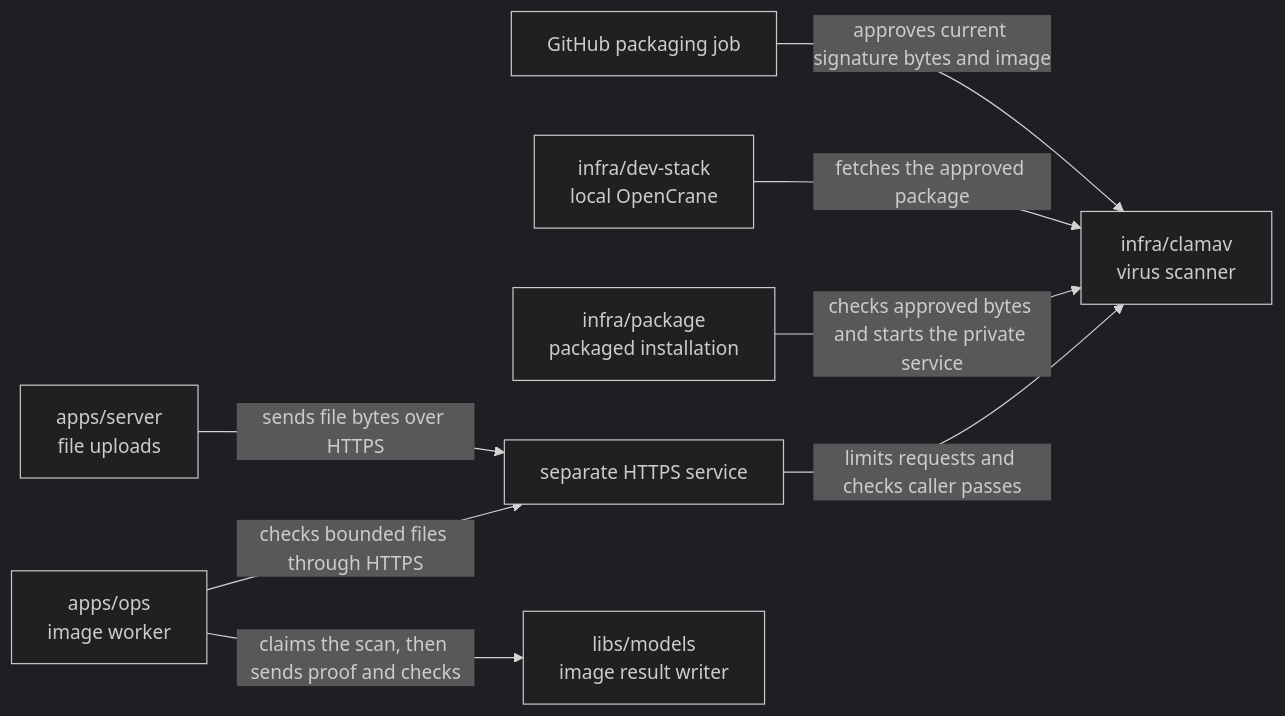
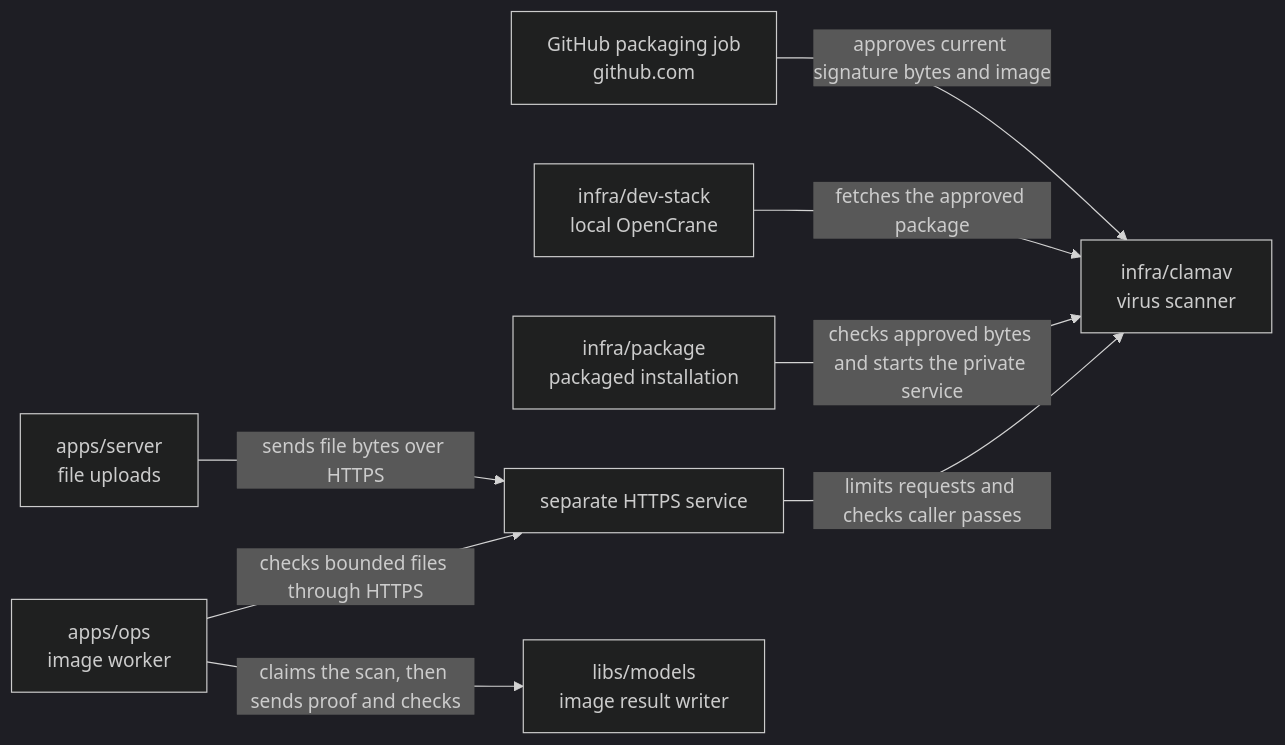
Before and after one commit to elewa-git/opencrane-new: the diagram in infra/clamav/README.md, drawn with Mermaid (dark theme). The commit also changed other lines of this file and 11 other files, not shown here.

Commit message:
🔒 Bind scanner approval to GitHub and preserve safe failure reasons

````diff
--- a/infra/clamav/README.md
+++ b/infra/clamav/README.md
@@ -21,10 +21,10 @@
 ```mermaid
 flowchart LR
-  packaging["GitHub packaging job"] -->|approves current signature bytes and image| clamav["infra/clamav<br/>virus scanner"]
+  packaging["GitHub packaging job<br/>github.com"] -->|approves current signature bytes and image| clamav["infra/clamav<br/>virus scanner"]
   stack["infra/dev-stack<br/>local OpenCrane"] -->|fetches the approved package| clamav
   package["infra/package<br/>packaged installation"] -->|checks approved bytes and starts the private service| clamav
   server["apps/server<br/>file uploads"] -->|sends file bytes over HTTPS| launcher
   worker["apps/ops<br/>image worker"] -->|checks bounded files through HTTPS| launcher
   worker -->|claims the scan, then sends proof and checks| models["libs/models<br/>image result writer"]
   launcher["separate HTTPS service"] -->|limits requests and checks caller passes| clamav
 ```
````
